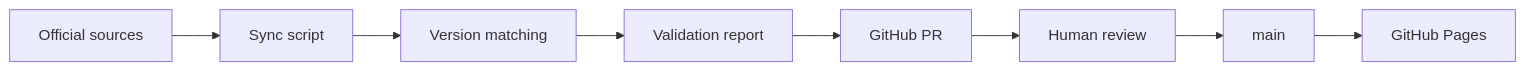
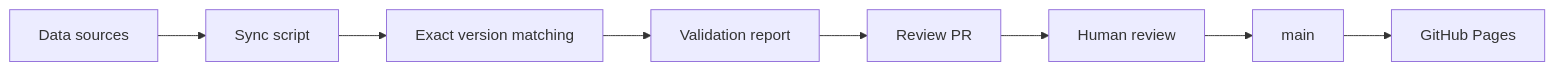
The diagram in README.md (joker01-01/ai-model-leaderboard), drawn with Mermaid before and after one commit. The commit also changed other lines of this file, not shown here.

Commit message:
rewrite README around data reliability story

````diff
--- a/README.md
+++ b/README.md
@@ -39,13 +36,13 @@
 ```mermaid
 flowchart LR
-  src[Official sources]
+  src[Data sources]
   sync[Sync script]
-  match[Version matching]
+  match[Exact version matching]
   report[Validation report]
-  pr[GitHub PR]
+  pr[Review PR]
   human[Human review]
   main[main]
   pages[GitHub Pages]
 
   src --> sync --> match --> report --> pr --> human --> main --> pages
 ```
````
